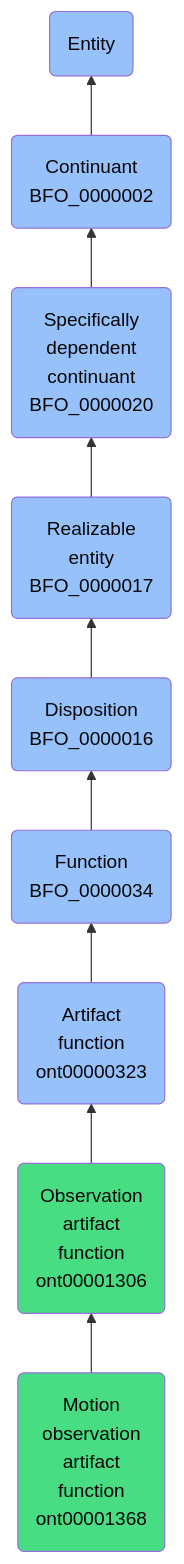
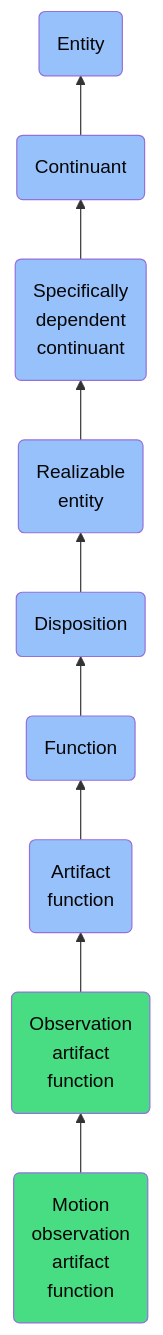
One commit to jupyter-naas/abi changed the diagram in docs/ontology/reference/model/Entity/Continuant/Specifically dependent continuant/Realizable entity/Disposition/Function/Artifact function/Observation artifact function/Motion observation artifact function/Motion observation artifact function.md. Above: the diagram before and after it, drawn with Mermaid. The commit also changed other lines of this file and 1430 other files, not shown here.

````diff
--- a/docs/ontology/reference/model/Entity/Continuant/Specifically dependent continuant/Realizable entity/Disposition/Function/Artifact function/Observation artifact function/Motion observation artifact function/Motion observation artifact function.md
+++ b/docs/ontology/reference/model/Entity/Continuant/Specifically dependent continuant/Realizable entity/Disposition/Function/Artifact function/Observation artifact function/Motion observation artifact function/Motion observation artifact function.md
@@ -24,16 +24,16 @@
 ```mermaid
 graph BT
-    ont00001368(Motion<br>observation<br>artifact<br>function<br>ont00001368):::ABI-->ont00001306
-    ont00001306(Observation<br>artifact<br>function<br>ont00001306):::ABI-->ont00000323
-    ont00000323(Artifact<br>function<br>ont00000323):::BFO-->BFO_0000034
-    BFO_0000034(Function<br>BFO_0000034):::BFO-->BFO_0000016
-    BFO_0000016(Disposition<br>BFO_0000016):::BFO-->BFO_0000017
-    BFO_0000017(Realizable<br>entity<br>BFO_0000017):::BFO-->BFO_0000020
-    BFO_0000020(Specifically<br>dependent<br>continuant<br>BFO_0000020):::BFO-->BFO_0000002
-    BFO_0000002(Continuant<br>BFO_0000002):::BFO-->BFO_0000001
+    ont00001368(Motion<br>observation<br>artifact<br>function):::ABI-->ont00001306
+    ont00001306(Observation<br>artifact<br>function):::ABI-->ont00000323
+    ont00000323(Artifact<br>function):::BFO-->BFO_0000034
+    BFO_0000034(Function):::BFO-->BFO_0000016
+    BFO_0000016(Disposition):::BFO-->BFO_0000017
+    BFO_0000017(Realizable<br>entity):::BFO-->BFO_0000020
+    BFO_0000020(Specifically<br>dependent<br>continuant):::BFO-->BFO_0000002
+    BFO_0000002(Continuant):::BFO-->BFO_0000001
     BFO_0000001(Entity):::BFO
     
     classDef BFO fill:#97c1fb,color:#060606
     classDef CCO fill:#e4c51e,color:#060606
     classDef ABI fill:#48DD82,color:#060606
 ```
````
